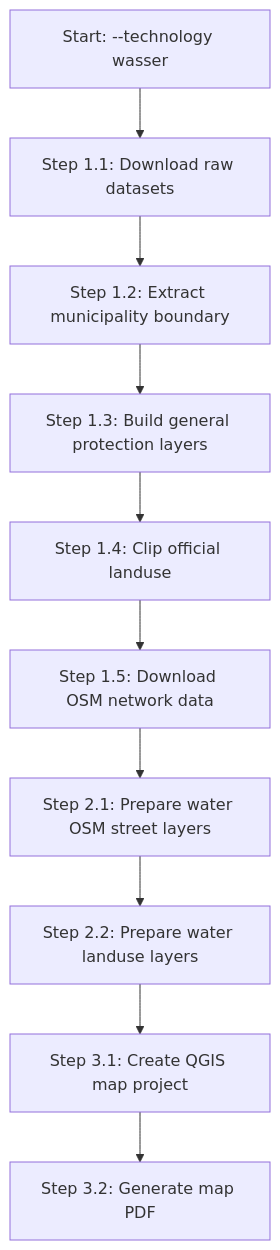
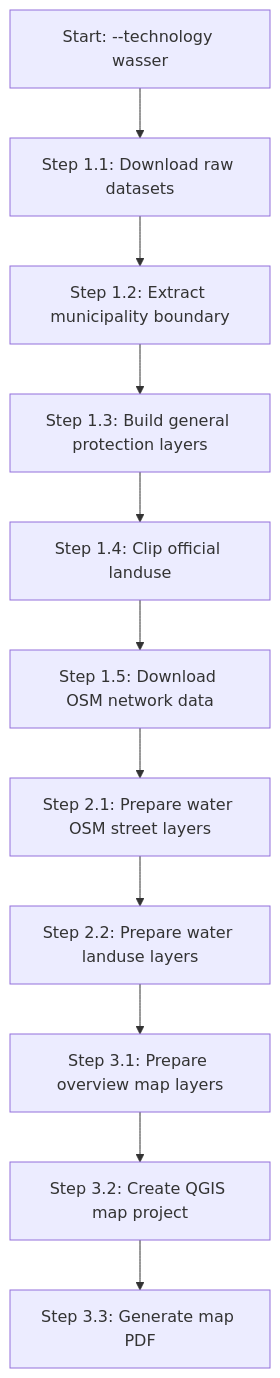
One commit to flobe08/Projekt---Geodatenprozessierung-und-Automatisierung changed the fourth of 4 diagrams in description/WORKFLOW_DIAGRAMME.md. Above: the diagram before and after it, drawn with Mermaid. The commit also changed other lines of this file and 13 other files, not shown here.

Commit message:
update: add overview map bayern

````diff
--- a/description/WORKFLOW_DIAGRAMME.md
+++ b/description/WORKFLOW_DIAGRAMME.md
@@ -150,14 +158,15 @@
 ```mermaid
 flowchart TD
     Start["Start: --technology wasser"] --> A11["Step 1.1: Download raw datasets"]
     A11 --> A12["Step 1.2: Extract municipality boundary"]
     A12 --> A13["Step 1.3: Build general protection layers"]
     A13 --> A14["Step 1.4: Clip official landuse"]
     A14 --> A15["Step 1.5: Download OSM network data"]
 
     A15 --> H21["Step 2.1: Prepare water OSM street layers"]
     H21 --> H22["Step 2.2: Prepare water landuse layers"]
 
-    H22 --> M31["Step 3.1: Create QGIS map project"]
-    M31 --> M32["Step 3.2: Generate map PDF"]
+    H22 --> M31["Step 3.1: Prepare overview map layers"]
+    M31 --> M32["Step 3.2: Create QGIS map project"]
+    M32 --> M33["Step 3.3: Generate map PDF"]
 ```
````
